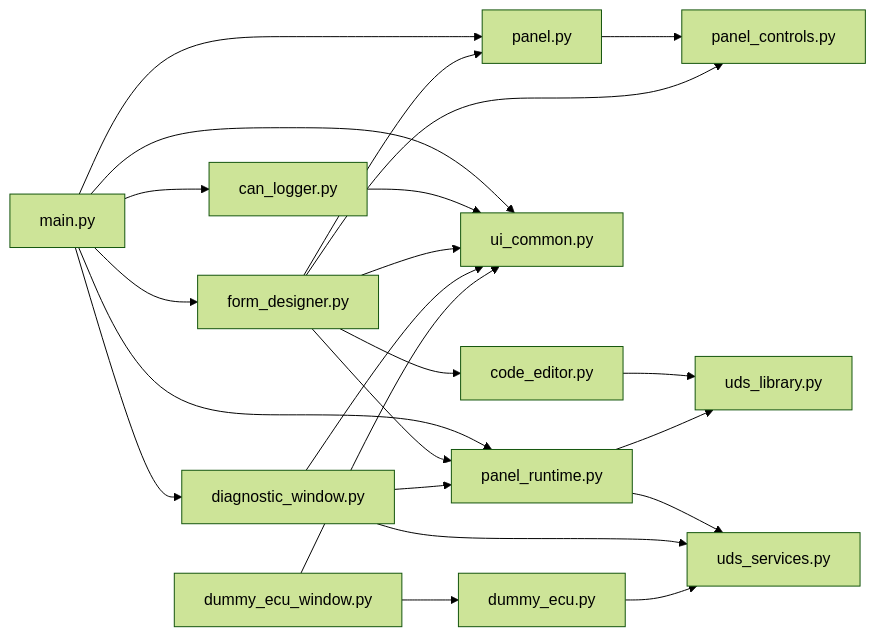
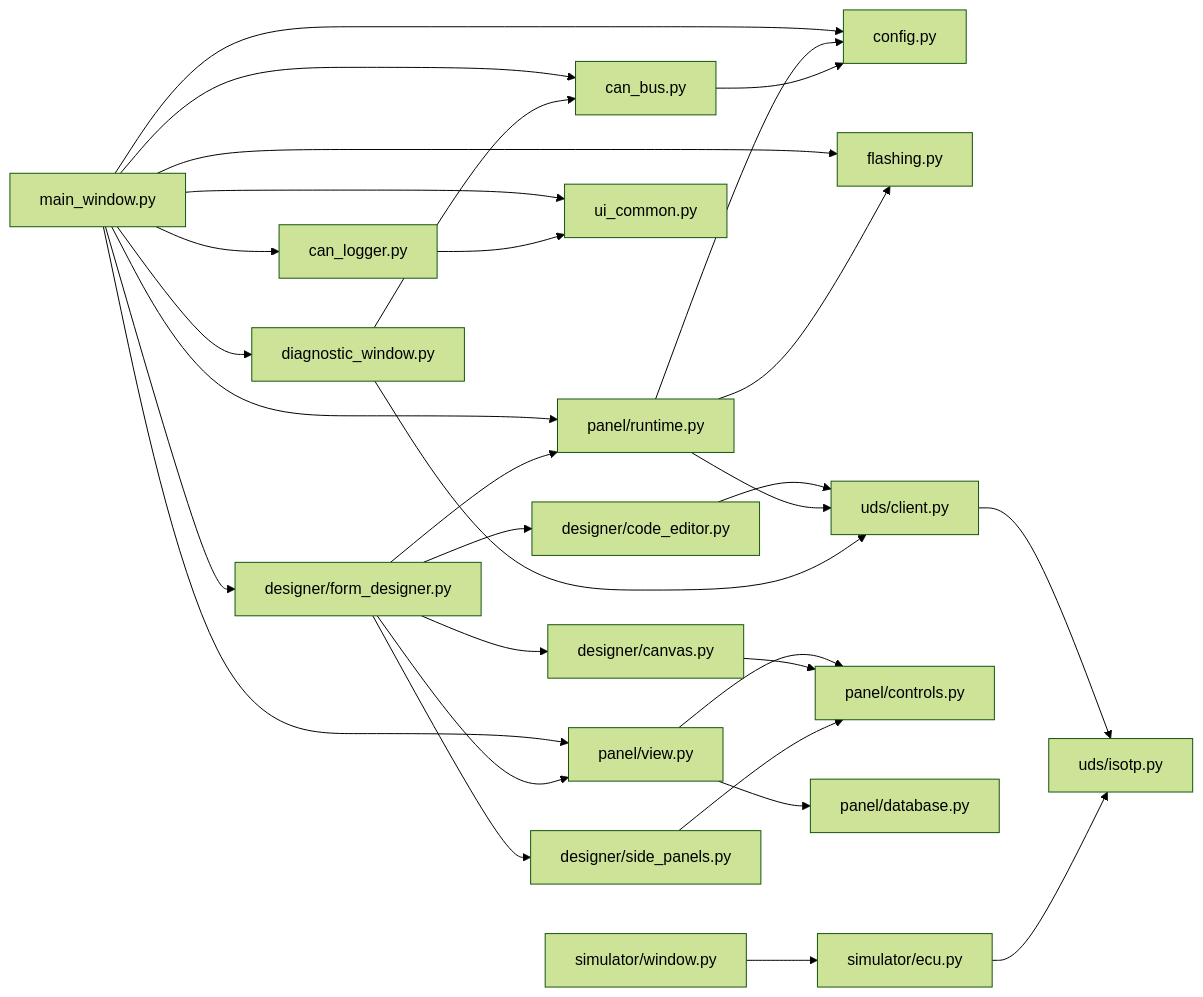
The first of 3 diagrams in docs/DOCUMENTATION.md (HyperFluxQc/CanExpert), drawn with Mermaid (forest theme) before and after one commit. The commit also changed other lines of this file and 2 other files, not shown here.

````diff
--- a/docs/DOCUMENTATION.md
+++ b/docs/DOCUMENTATION.md
@@ -21,26 +21,33 @@
 ```mermaid
 flowchart LR
-    main["main.py"]
-    main --> panel["panel.py"]
-    main --> panel_runtime["panel_runtime.py"]
-    main --> form_designer["form_designer.py"]
+    main["main_window.py"]
+    main --> can_bus["can_bus.py"]
+    main --> config["config.py"]
+    main --> panel_view["panel/view.py"]
+    main --> panel_runtime["panel/runtime.py"]
+    main --> form_designer["designer/form_designer.py"]
     main --> can_logger["can_logger.py"]
     main --> diagnostic_window["diagnostic_window.py"]
+    main --> flashing["flashing.py"]
     main --> ui_common["ui_common.py"]
-    form_designer --> panel
+    form_designer --> canvas["designer/canvas.py"]
+    form_designer --> side_panels["designer/side_panels.py"]
+    form_designer --> code_editor["designer/code_editor.py"]
     form_designer --> panel_runtime
-    form_designer --> code_editor["code_editor.py"]
-    code_editor --> uds_library["uds_library.py"]
-    panel_runtime --> uds_library
-    panel --> panel_controls["panel_controls.py"]
-    form_designer --> panel_controls
-    panel_runtime --> uds_services["uds_services.py"]
-    diagnostic_window --> panel_runtime
-    diagnostic_window --> uds_services
+    form_designer --> panel_view
+    code_editor --> uds_client["uds/client.py"]
+    panel_view --> panel_controls["panel/controls.py"]
+    panel_view --> panel_database["panel/database.py"]
+    canvas --> panel_controls
+    side_panels --> panel_controls
+    panel_runtime --> uds_client
+    panel_runtime --> config
+    panel_runtime --> flashing
+    uds_client --> isotp["uds/isotp.py"]
+    can_bus --> config
+    diagnostic_window --> can_bus
+    diagnostic_window --> uds_client
     can_logger --> ui_common
-    form_designer --> ui_common
-    diagnostic_window --> ui_common
-    dummy_ecu["dummy_ecu.py"] --> uds_services
-    dummy_ecu_window["dummy_ecu_window.py"] --> dummy_ecu
-    dummy_ecu_window --> ui_common
+    simulator_ecu["simulator/ecu.py"] --> isotp
+    simulator_window["simulator/window.py"] --> simulator_ecu
 ```
````
